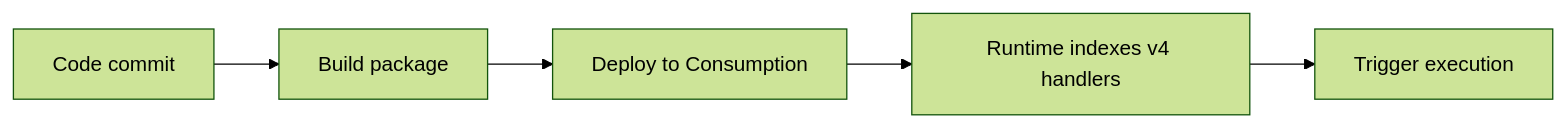
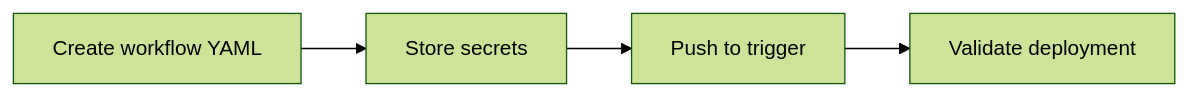
One commit to yeongseon/azure-functions-practical-guide changed the second of 2 diagrams in docs/language-guides/nodejs/tutorial/consumption/06-ci-cd.md. Above: the diagram before and after it, drawn with Mermaid (forest theme). The commit also changed other lines of this file and 7 other files, not shown here.

Commit message:
docs: validate and fix Node.js Consumption tutorials 01-07 against live deployment

````diff
--- a/docs/language-guides/nodejs/tutorial/consumption/06-ci-cd.md
+++ b/docs/language-guides/nodejs/tutorial/consumption/06-ci-cd.md
@@ -22,7 +49,6 @@
 ```mermaid
 flowchart LR
-    A[Code commit] --> B[Build package]
-    B --> C[Deploy to Consumption]
-    C --> D[Runtime indexes v4 handlers]
-    D --> E[Trigger execution]
+    A[Create workflow YAML] --> B[Store secrets]
+    B --> C[Push to trigger]
+    C --> D[Validate deployment]
 ```
````
